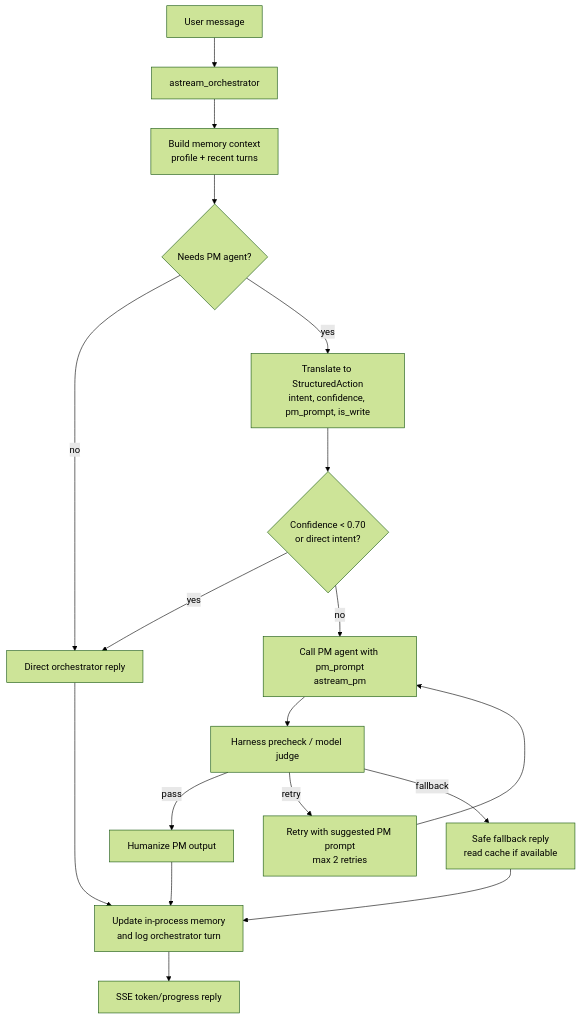
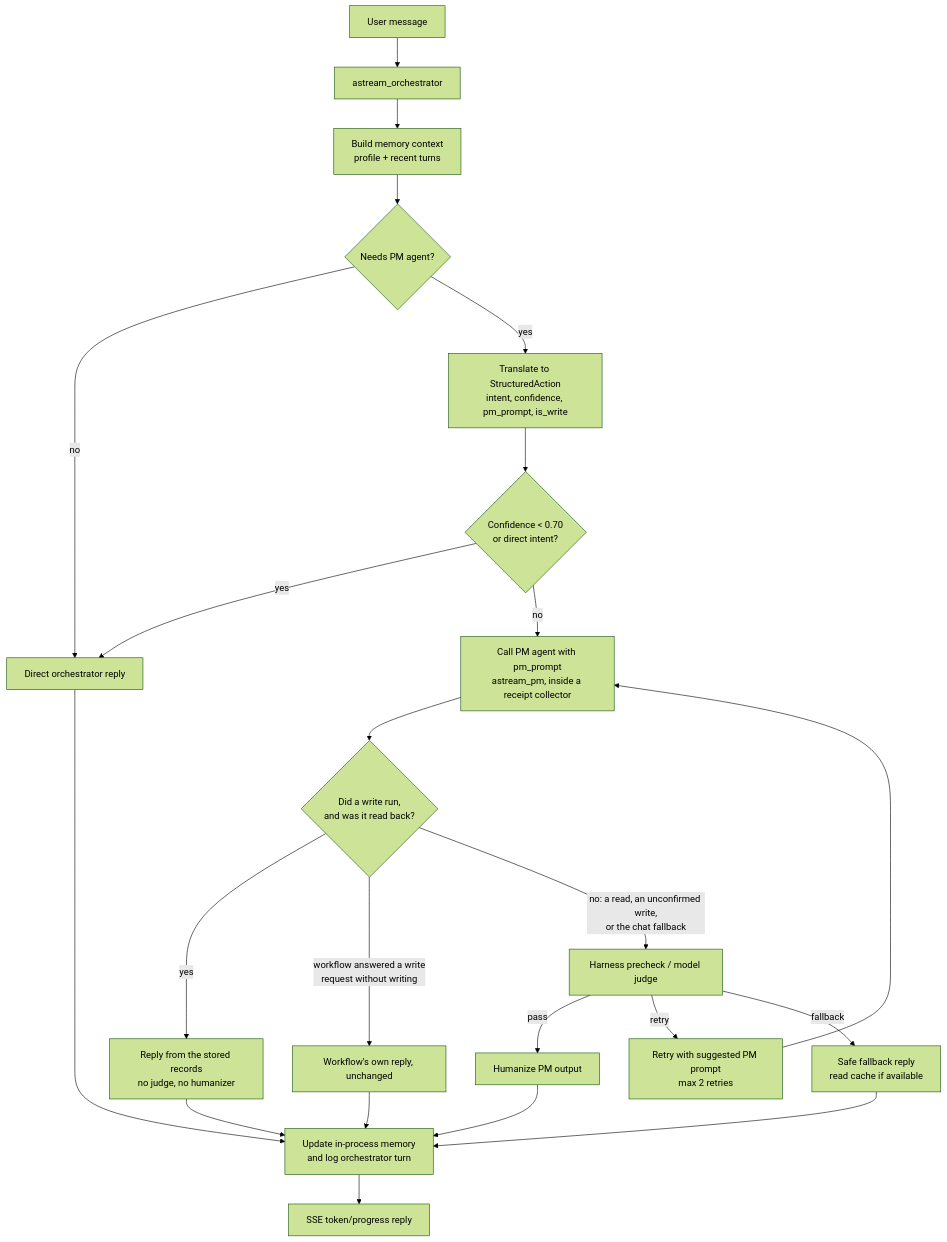
Before and after one commit to JefferyLiu6/Kairo: the second of 8 diagrams in ARCHITECTURE.md, drawn with Mermaid (forest theme). The commit also changed other lines of this file and 11 other files, not shown here.

First line of the commit message:
Answer web-chat writes from stored state (receipts)

````diff
--- a/ARCHITECTURE.md
+++ b/ARCHITECTURE.md
@@ -77,24 +77,29 @@
 ```mermaid
 flowchart TD
     A["User message"] --> B["astream_orchestrator"]
     B --> C["Build memory context<br/>profile + recent turns"]
     C --> D{"Needs PM agent?"}
 
     D -->|no| E["Direct orchestrator reply"]
     D -->|yes| F["Translate to StructuredAction<br/>intent, confidence, pm_prompt, is_write"]
 
     F --> G{"Confidence < 0.70<br/>or direct intent?"}
     G -->|yes| E
-    G -->|no| H["Call PM agent with pm_prompt<br/>astream_pm"]
+    G -->|no| H["Call PM agent with pm_prompt<br/>astream_pm, inside a receipt collector"]
 
-    H --> I["Harness precheck / model judge"]
+    H --> W{"Did a write run,<br/>and was it read back?"}
+    W -->|yes| RB["Reply from the stored records<br/>no judge, no humanizer"]
+    W -->|"workflow answered a write<br/>request without writing"| PT["Workflow's own reply, unchanged"]
+    W -->|"no: a read, an unconfirmed write,<br/>or the chat fallback"| I["Harness precheck / model judge"]
     I -->|pass| J["Humanize PM output"]
     I -->|retry| K["Retry with suggested PM prompt<br/>max 2 retries"]
     K --> H
     I -->|fallback| L["Safe fallback reply<br/>read cache if available"]
 
-    J --> M["Update in-process memory<br/>and log orchestrator turn"]
+    RB --> M["Update in-process memory<br/>and log orchestrator turn"]
+    PT --> M
+    J --> M
     L --> M
     E --> M
     M --> N["SSE token/progress reply"]
 ```
````
